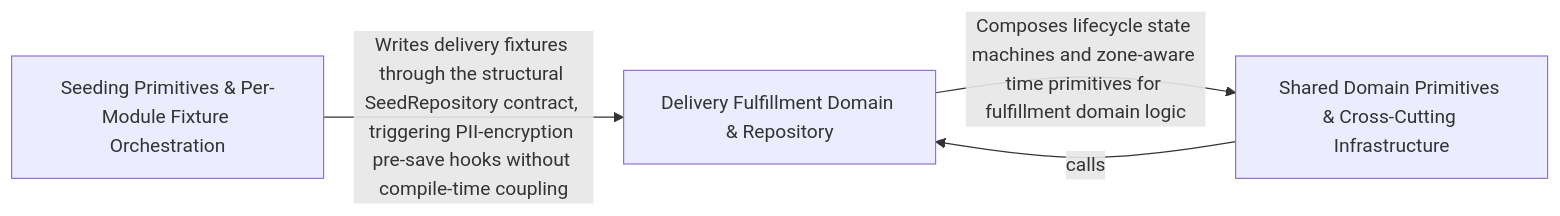
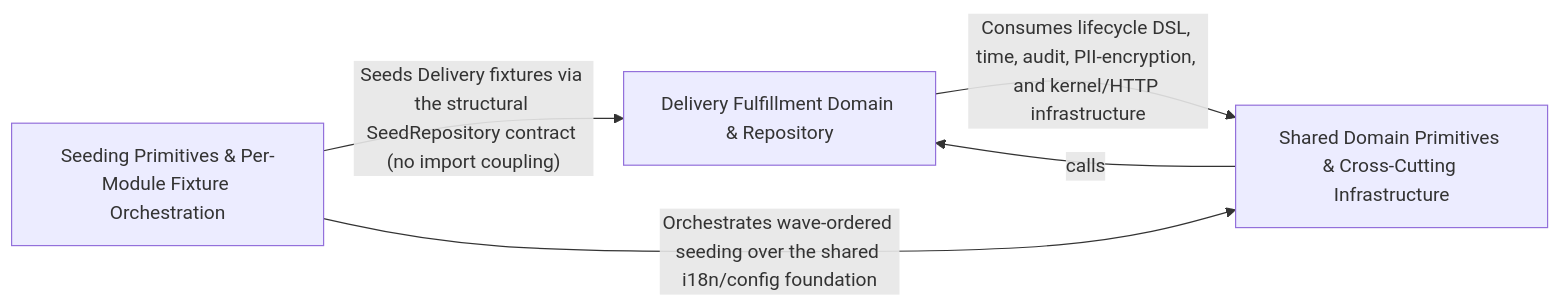
Before and after one commit to Guebbit/boilerplate-node-backend: the diagram in .2brain/arch/Per_Module_Seeders_Scenario_Entry_Points.md, drawn with Mermaid. The commit also changed other lines of this file and 1102 other files, not shown here.

````diff
--- a/.2brain/arch/Per_Module_Seeders_Scenario_Entry_Points.md
+++ b/.2brain/arch/Per_Module_Seeders_Scenario_Entry_Points.md
@@ -10,9 +10,10 @@
 ```mermaid
 graph LR
     Delivery_Fulfillment_Domain_Repository["Delivery Fulfillment Domain & Repository"]
     Shared_Domain_Primitives_Cross_Cutting_Infrastructure["Shared Domain Primitives & Cross-Cutting Infrastructure"]
     Seeding_Primitives_Per_Module_Fixture_Orchestration["Seeding Primitives & Per-Module Fixture Orchestration"]
-    Delivery_Fulfillment_Domain_Repository -- "Composes lifecycle state machines and zone-aware time primitives for fulfillment domain logic" --> Shared_Domain_Primitives_Cross_Cutting_Infrastructure
+    Delivery_Fulfillment_Domain_Repository -- "Consumes lifecycle DSL, time, audit, PII-encryption, and kernel/HTTP infrastructure" --> Shared_Domain_Primitives_Cross_Cutting_Infrastructure
     Shared_Domain_Primitives_Cross_Cutting_Infrastructure -- "calls" --> Delivery_Fulfillment_Domain_Repository
-    Seeding_Primitives_Per_Module_Fixture_Orchestration -- "Writes delivery fixtures through the structural SeedRepository contract, triggering PII-encryption pre-save hooks without compile-time coupling" --> Delivery_Fulfillment_Domain_Repository
+    Seeding_Primitives_Per_Module_Fixture_Orchestration -- "Seeds Delivery fixtures via the structural SeedRepository contract (no import coupling)" --> Delivery_Fulfillment_Domain_Repository
+    Seeding_Primitives_Per_Module_Fixture_Orchestration -- "Orchestrates wave-ordered seeding over the shared i18n/config foundation" --> Shared_Domain_Primitives_Cross_Cutting_Infrastructure
 ```
````
